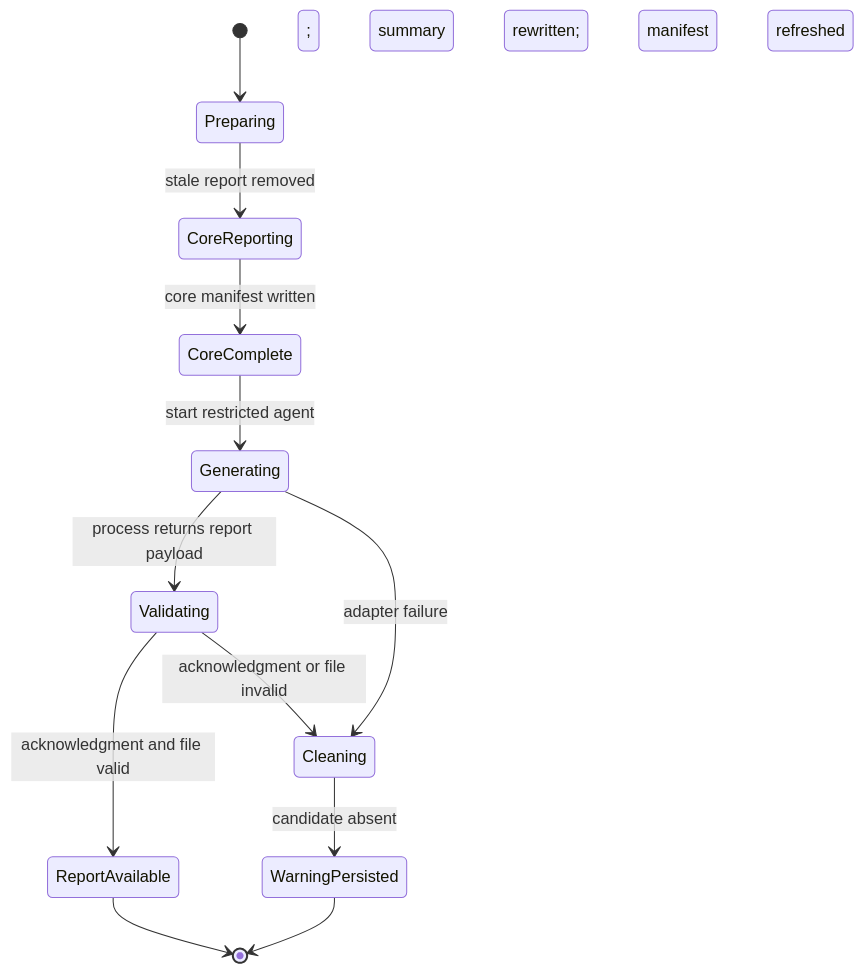
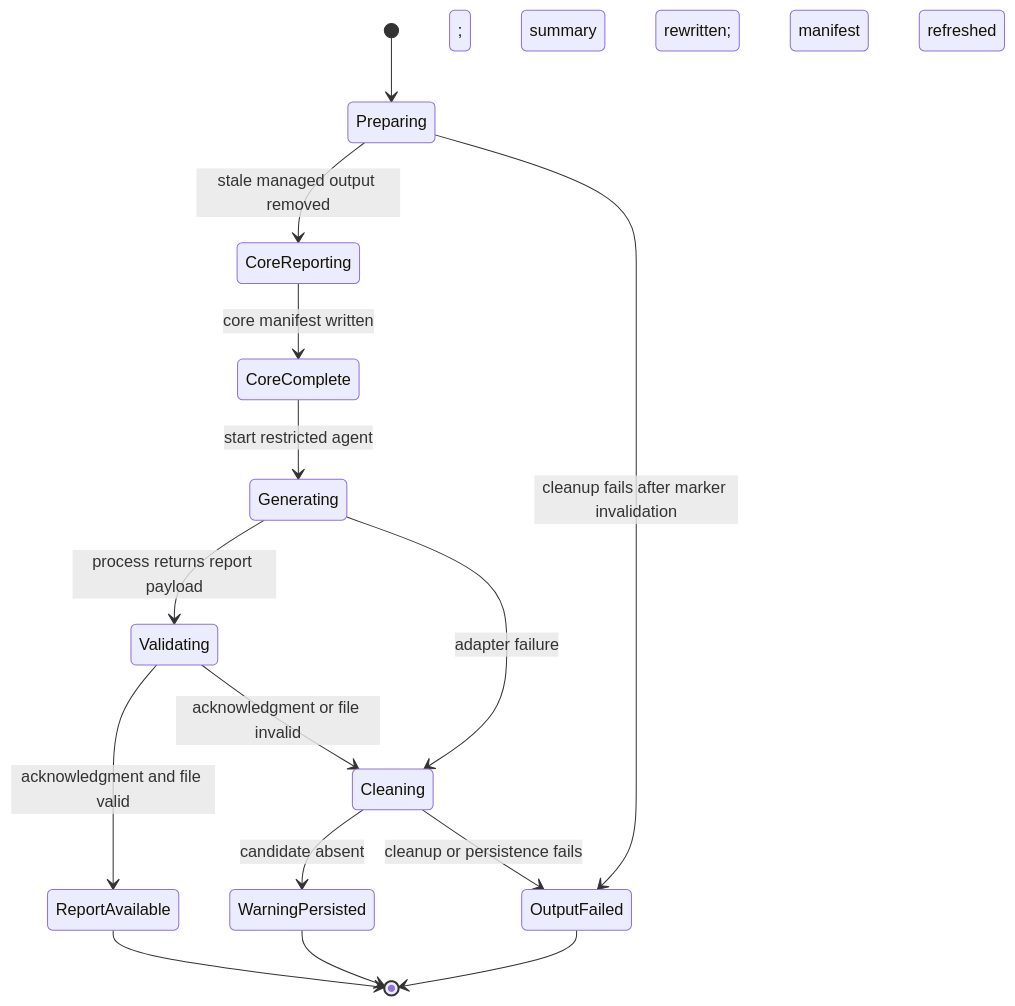
Before and after one commit to ohpauleez/spec-check: the diagram in openspec/changes/add-final-evidence-report/design.md, drawn with Mermaid. The commit also changed other lines of this file and 17 other files, not shown here.

````diff
--- a/openspec/changes/add-final-evidence-report/design.md
+++ b/openspec/changes/add-final-evidence-report/design.md
@@ -47,14 +47,17 @@
 ```mermaid
 stateDiagram-v2
     [*] --> Preparing
-    Preparing --> CoreReporting: stale report removed
+    Preparing --> CoreReporting: stale managed output removed
+    Preparing --> OutputFailed: cleanup fails after marker invalidation
     CoreReporting --> CoreComplete: core manifest written
     CoreComplete --> Generating: start restricted agent
     Generating --> Validating: process returns report payload
     Generating --> Cleaning: adapter failure
     Validating --> ReportAvailable: acknowledgment and file valid
     Validating --> Cleaning: acknowledgment or file invalid
     Cleaning --> WarningPersisted: candidate absent; summary rewritten; manifest refreshed
+    Cleaning --> OutputFailed: cleanup or persistence fails
     ReportAvailable --> [*]
     WarningPersisted --> [*]
+    OutputFailed --> [*]
 ```
````
